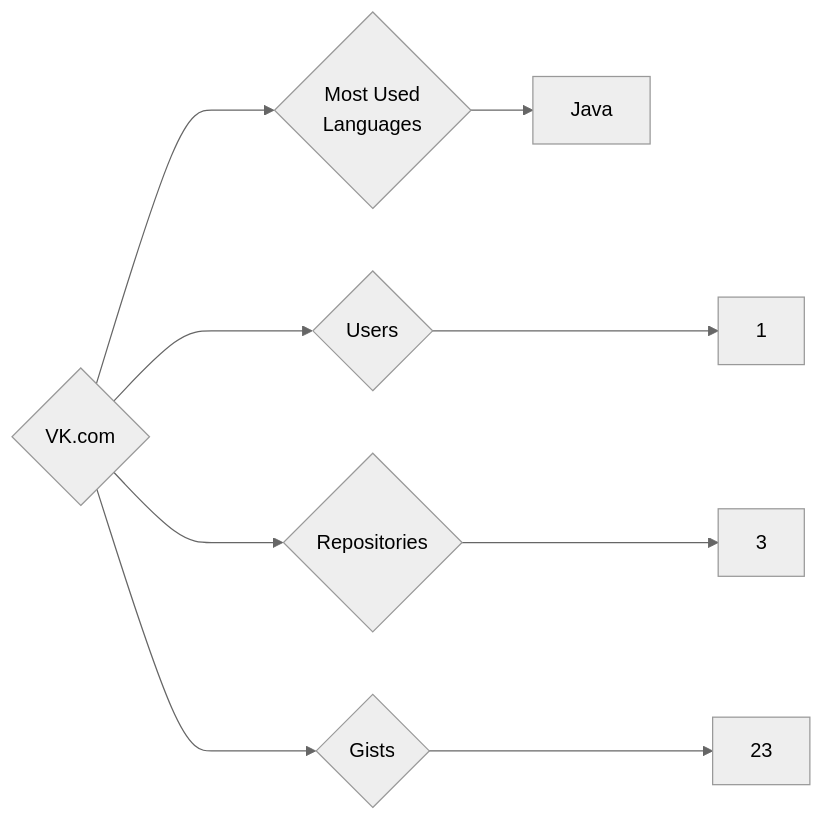
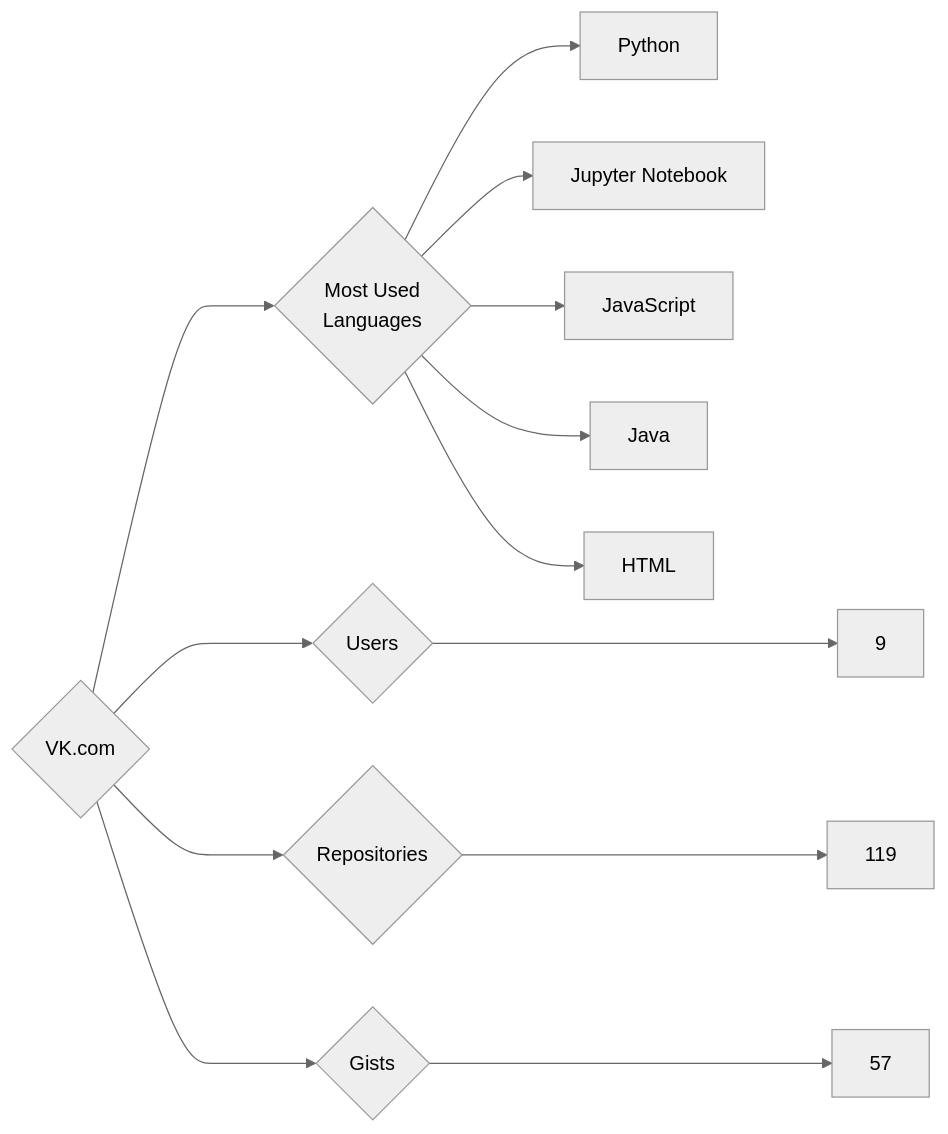
Before and after one commit to trickest/insiders: the diagram in targets/VK.com/README.md, drawn with Mermaid (neutral theme). The commit also changed 677 other files, not shown here.

````diff
--- a/targets/VK.com/README.md
+++ b/targets/VK.com/README.md
@@ -3,9 +3,13 @@
 ```mermaid
 graph LR
 COMPANY_NAME{VK.com}
-COMPANY_NAME ---> U{Users} ---> UN[1]
-COMPANY_NAME ---> R{Repositories} ---> RN[3]
-COMPANY_NAME ---> G{Gists} ---> GN[23]
+COMPANY_NAME ---> U{Users} ---> UN[9]
+COMPANY_NAME ---> R{Repositories} ---> RN[119]
+COMPANY_NAME ---> G{Gists} ---> GN[57]
 COMPANY_NAME ---> ML{Most Used<br>Languages}
+ML --> Python[Python]
+ML --> Jupyter_Notebook[Jupyter Notebook]
+ML --> JavaScript[JavaScript]
 ML --> Java[Java]
+ML --> HTML[HTML]
 ```
````
